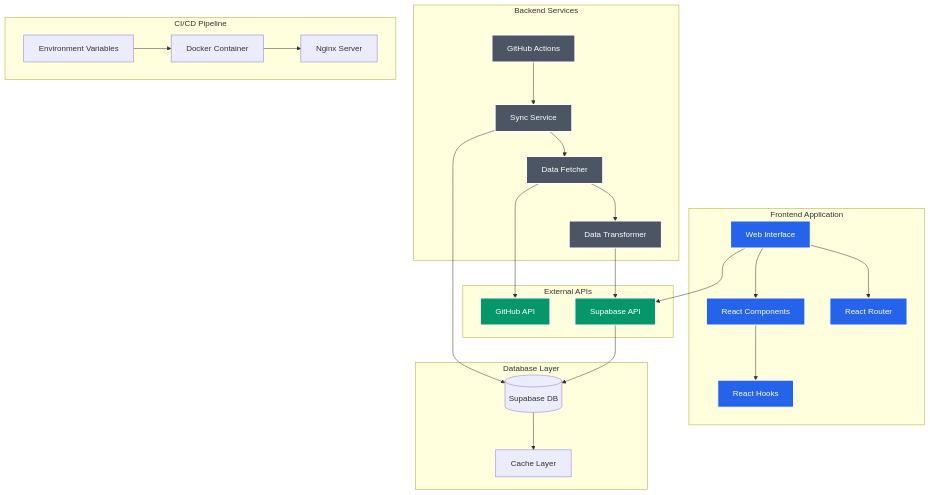
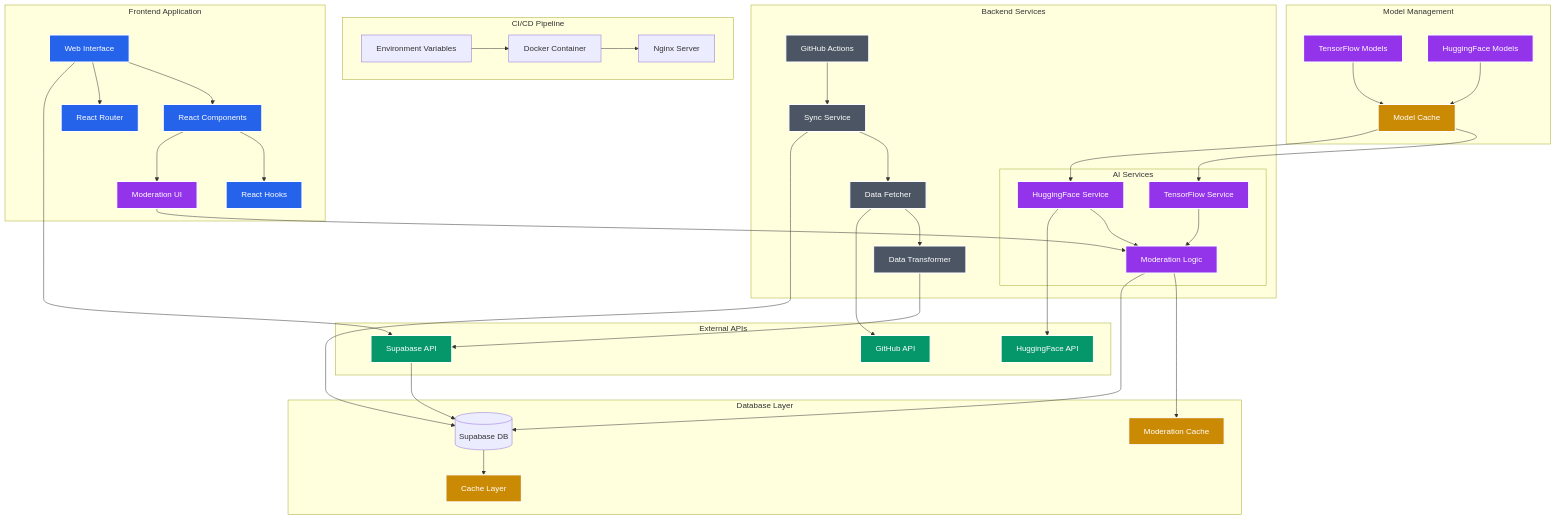
The fourth of 4 diagrams in README.md (nathan-myers/Maverick-AI), drawn with Mermaid before and after one commit. The commit also changed other lines of this file, not shown here.

````diff
--- a/README.md
+++ b/README.md
@@ -209,10 +292,12 @@
         COMP[React Components]
         HOOKS[React Hooks]
         ROUTE[React Router]
+        MOD_UI[Moderation UI]
         
         WEB --> COMP
         COMP --> HOOKS
         WEB --> ROUTE
+        COMP --> MOD_UI
     end
 
     subgraph "Backend Services"
@@ -220,6 +305,15 @@
         SYNC[Sync Service]
         FETCH[Data Fetcher]
         TRANS[Data Transformer]
+        
+        subgraph "AI Services"
+            TF[TensorFlow Service]
+            HF[HuggingFace Service]
+            MOD[Moderation Logic]
+            
+            TF --> MOD
+            HF --> MOD
+        end
         
         GHA --> SYNC
         SYNC --> FETCH
@@ -229,17 +323,21 @@
     subgraph "External APIs"
         GITHUB[GitHub API]
         SUPA[Supabase API]
+        HF_API[HuggingFace API]
         
         FETCH --> GITHUB
         TRANS --> SUPA
+        HF --> HF_API
     end
 
     subgraph "Database Layer"
         DB[(Supabase DB)]
         CACHE[Cache Layer]
+        MOD_CACHE[Moderation Cache]
         
         SUPA --> DB
         DB --> CACHE
+        MOD --> MOD_CACHE
     end
 
     subgraph "CI/CD Pipeline"
@@ -251,14 +349,31 @@
         ENV --> DOCKER
     end
 
+    subgraph "Model Management"
+        TF_MODELS[TensorFlow Models]
+        HF_MODELS[HuggingFace Models]
+        MODEL_CACHE[Model Cache]
+        
+        TF_MODELS --> MODEL_CACHE
+        HF_MODELS --> MODEL_CACHE
+        MODEL_CACHE --> TF
+        MODEL_CACHE --> HF
+    end
+
     WEB --> SUPA
     SYNC --> DB
+    MOD_UI --> MOD
+    MOD --> DB
     
     classDef primary fill:#2563eb,stroke:#fff,stroke-width:2px,color:#fff
     classDef secondary fill:#4b5563,stroke:#fff,stroke-width:2px,color:#fff
     classDef external fill:#059669,stroke:#fff,stroke-width:2px,color:#fff
+    classDef ai fill:#9333ea,stroke:#fff,stroke-width:2px,color:#fff
+    classDef cache fill:#ca8a04,stroke:#fff,stroke-width:2px,color:#fff
     
     class WEB,COMP,HOOKS,ROUTE primary
     class GHA,SYNC,FETCH,TRANS secondary
-    class GITHUB,SUPA external
+    class GITHUB,SUPA,HF_API external
+    class TF,HF,MOD,TF_MODELS,HF_MODELS,MOD_UI ai
+    class CACHE,MOD_CACHE,MODEL_CACHE cache
 ```
````
